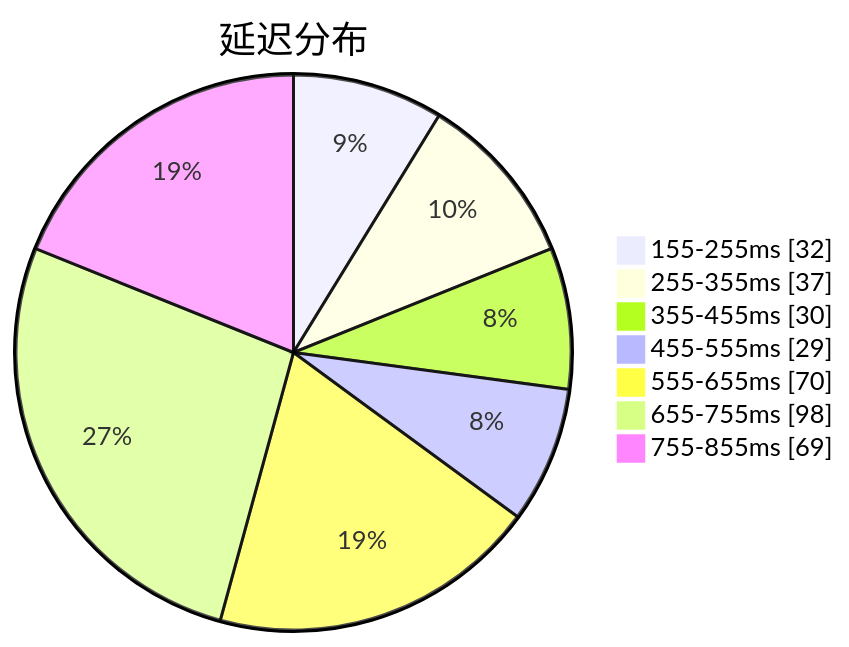
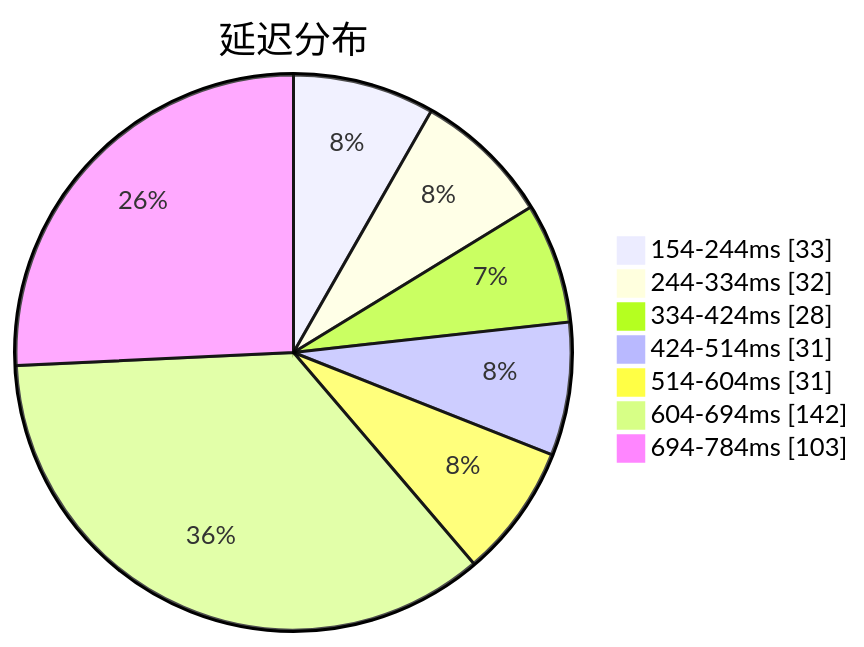
One commit to qjlxg/airport changed the first of 3 diagrams in subs/statistics/tested_within.md. Above: the diagram before and after it, drawn with Mermaid. The commit also changed other lines of this file and 2 other files, not shown here.

Commit message:
Tested by metaST

````diff
--- a/subs/statistics/tested_within.md
+++ b/subs/statistics/tested_within.md
@@ -2,11 +2,11 @@
 ```mermaid
 pie showData
 title 延迟分布
-"155-255ms" : 32
-"255-355ms" : 37
-"355-455ms" : 30
-"455-555ms" : 29
-"555-655ms" : 70
-"655-755ms" : 98
-"755-855ms" : 69
+"154-244ms" : 33
+"244-334ms" : 32
+"334-424ms" : 28
+"424-514ms" : 31
+"514-604ms" : 31
+"604-694ms" : 142
+"694-784ms" : 103
 ```
````
